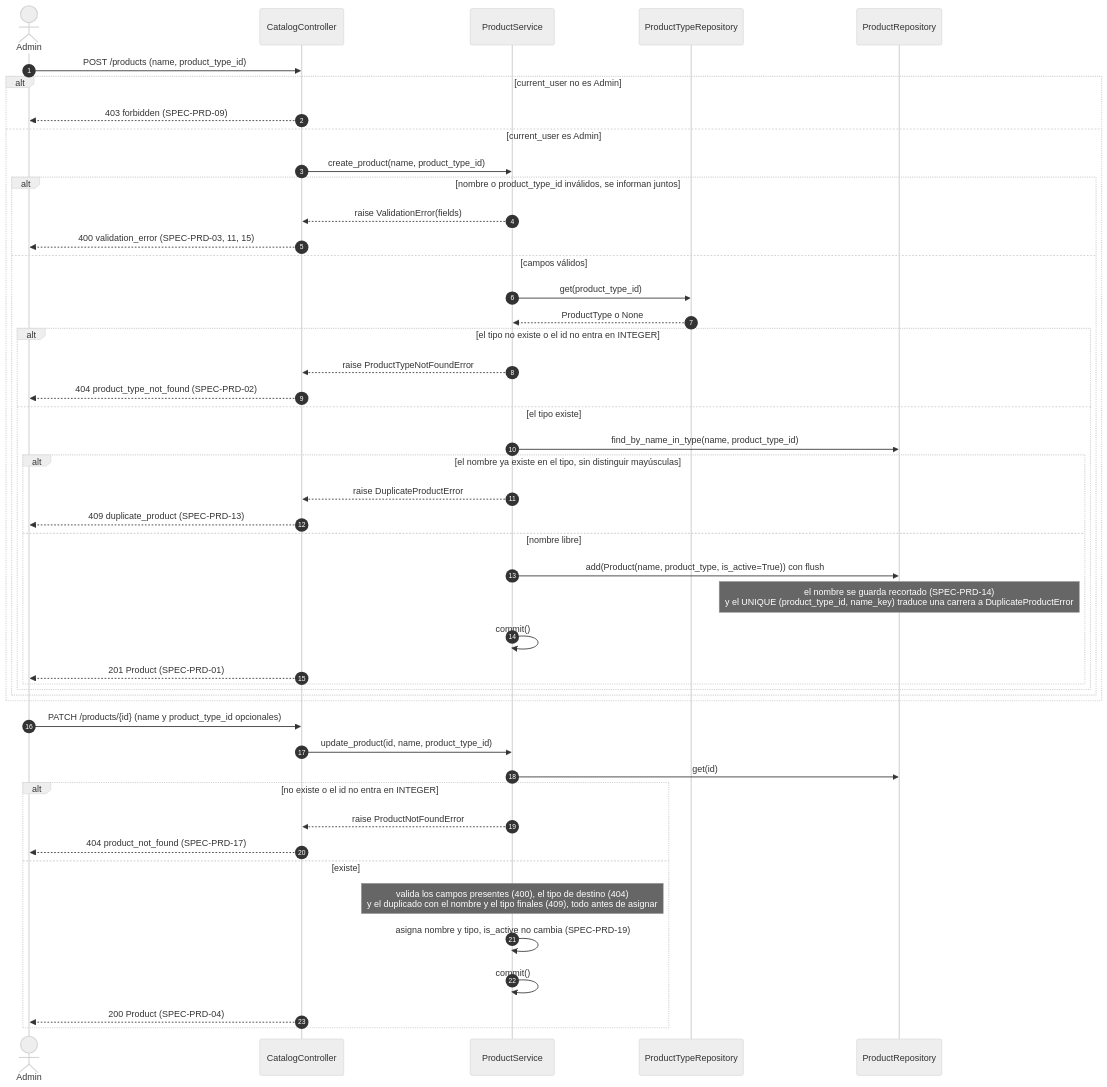
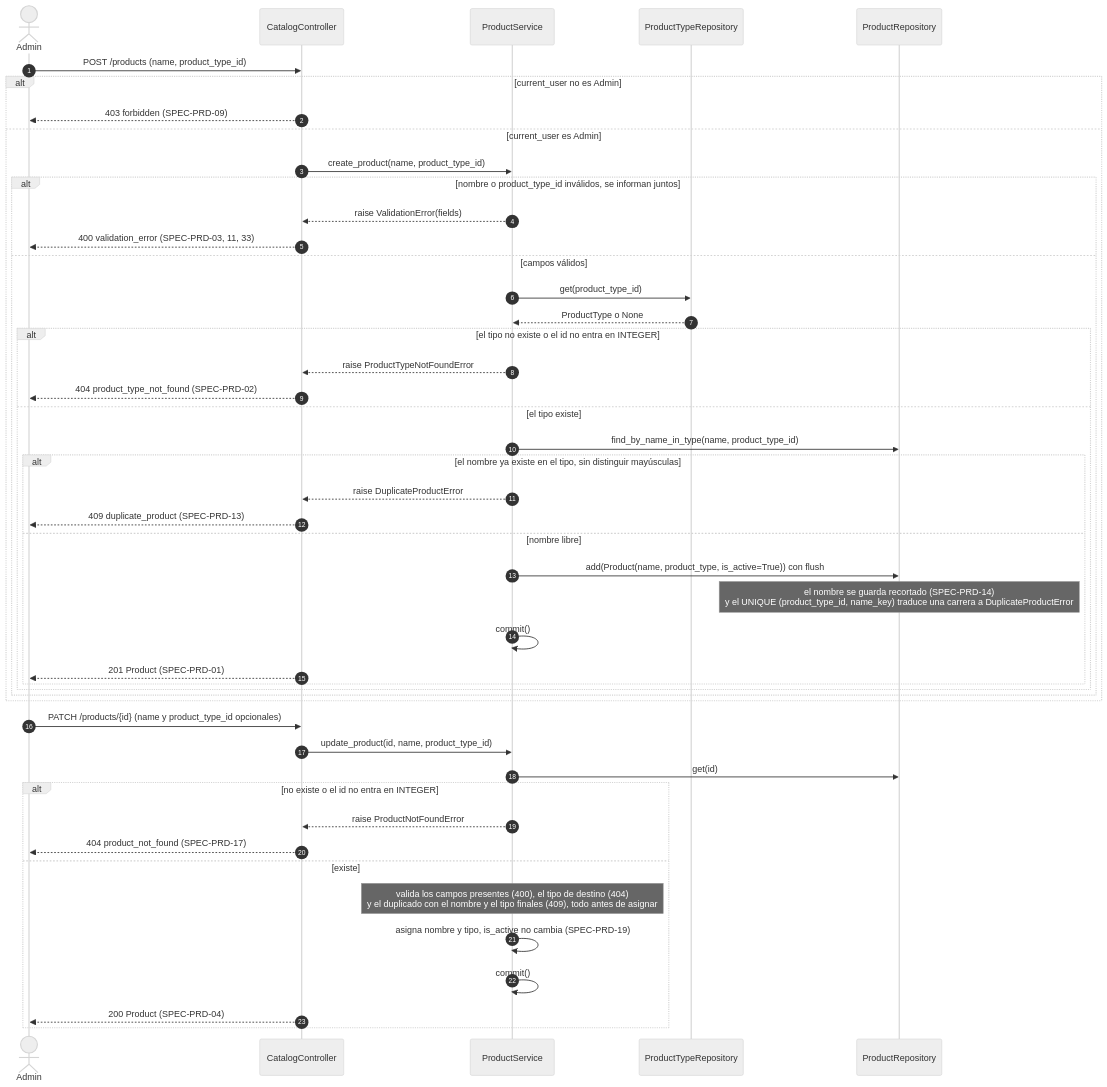
The first of 4 diagrams in diagrams/sequences/03-products.md (Diazfe-dev/AyED-III-python-ticket-service), drawn with Mermaid (neutral theme) before and after one commit. The commit also changed other lines of this file and 2 other files, not shown here.

Commit message:
docs(diagrams): products without categories (T-PRD-46)

````diff
--- a/diagrams/sequences/03-products.md
+++ b/diagrams/sequences/03-products.md
@@ -11,51 +11,51 @@
 ```mermaid
 sequenceDiagram
     autonumber
     actor Admin
     participant PC as CatalogController
     participant PS as ProductService
     participant TR as ProductTypeRepository
     participant PR as ProductRepository
 
     Admin->>PC: POST /products (name, product_type_id)
     alt current_user no es Admin
         PC-->>Admin: 403 forbidden (SPEC-PRD-09)
     else current_user es Admin
         PC->>PS: create_product(name, product_type_id)
         alt nombre o product_type_id inválidos, se informan juntos
             PS-->>PC: raise ValidationError(fields)
-            PC-->>Admin: 400 validation_error (SPEC-PRD-03, 11, 15)
+            PC-->>Admin: 400 validation_error (SPEC-PRD-03, 11, 33)
         else campos válidos
             PS->>TR: get(product_type_id)
             TR-->>PS: ProductType o None
             alt el tipo no existe o el id no entra en INTEGER
                 PS-->>PC: raise ProductTypeNotFoundError
                 PC-->>Admin: 404 product_type_not_found (SPEC-PRD-02)
             else el tipo existe
                 PS->>PR: find_by_name_in_type(name, product_type_id)
                 alt el nombre ya existe en el tipo, sin distinguir mayúsculas
                     PS-->>PC: raise DuplicateProductError
                     PC-->>Admin: 409 duplicate_product (SPEC-PRD-13)
                 else nombre libre
                     PS->>PR: add(Product(name, product_type, is_active=True)) con flush
                     Note over PR: el nombre se guarda recortado (SPEC-PRD-14)<br/>y el UNIQUE (product_type_id, name_key) traduce una carrera a DuplicateProductError
                     PS->>PS: commit()
                     PC-->>Admin: 201 Product (SPEC-PRD-01)
                 end
             end
         end
     end
 
     Admin->>PC: PATCH /products/{id} (name y product_type_id opcionales)
     PC->>PS: update_product(id, name, product_type_id)
     PS->>PR: get(id)
     alt no existe o el id no entra en INTEGER
         PS-->>PC: raise ProductNotFoundError
         PC-->>Admin: 404 product_not_found (SPEC-PRD-17)
     else existe
         Note over PS: valida los campos presentes (400), el tipo de destino (404)<br/>y el duplicado con el nombre y el tipo finales (409), todo antes de asignar
         PS->>PS: asigna nombre y tipo, is_active no cambia (SPEC-PRD-19)
         PS->>PS: commit()
         PC-->>Admin: 200 Product (SPEC-PRD-04)
     end
 ```
````
